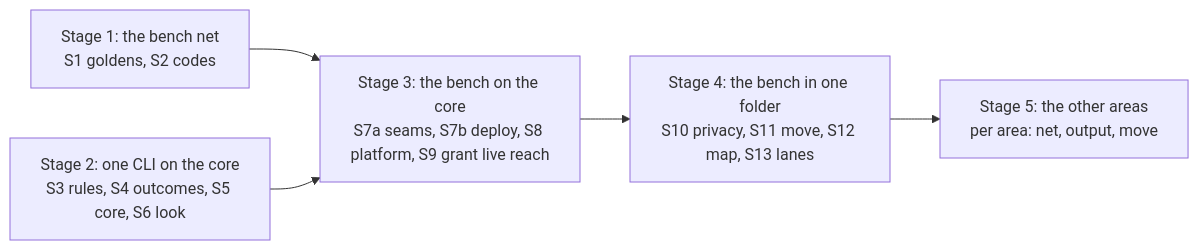
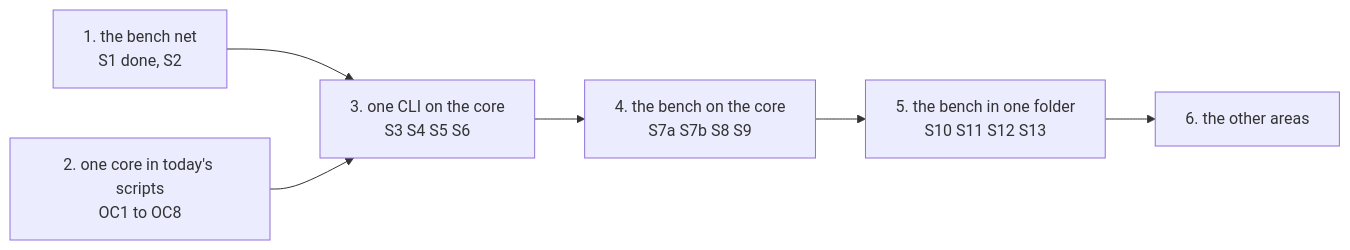
One commit to xmejkal/spark changed the sixth of 6 diagrams in docs/discovery/2026-10-19-p323-target-architecture/architecture/refactor-plan.md. Above: the diagram before and after it, drawn with Mermaid. The commit also changed other lines of this file and 2 other files, not shown here.

````diff
--- a/docs/discovery/2026-10-19-p323-target-architecture/architecture/refactor-plan.md
+++ b/docs/discovery/2026-10-19-p323-target-architecture/architecture/refactor-plan.md
@@ -29,7 +362,8 @@
 ```mermaid
 flowchart LR
-  ST1["Stage 1: the bench net<br/>S1 goldens, S2 codes"] --> ST3
-  ST2["Stage 2: one CLI on the core<br/>S3 rules, S4 outcomes, S5 core, S6 look"] --> ST3["Stage 3: the bench on the core<br/>S7a seams, S7b deploy, S8 platform, S9 grant live reach"]
-  ST3 --> ST4["Stage 4: the bench in one folder<br/>S10 privacy, S11 move, S12 map, S13 lanes"]
-  ST4 --> ST5["Stage 5: the other areas<br/>per area: net, output, move"]
+  ST1["1. the bench net<br/>S1 done, S2"] --> ST3
+  ST2["2. one core in today's scripts<br/>OC1 to OC8"] --> ST3["3. one CLI on the core<br/>S3 S4 S5 S6"]
+  ST3 --> ST4["4. the bench on the core<br/>S7a S7b S8 S9"]
+  ST4 --> ST5["5. the bench in one folder<br/>S10 S11 S12 S13"]
+  ST5 --> ST6["6. the other areas"]
 ```
````
